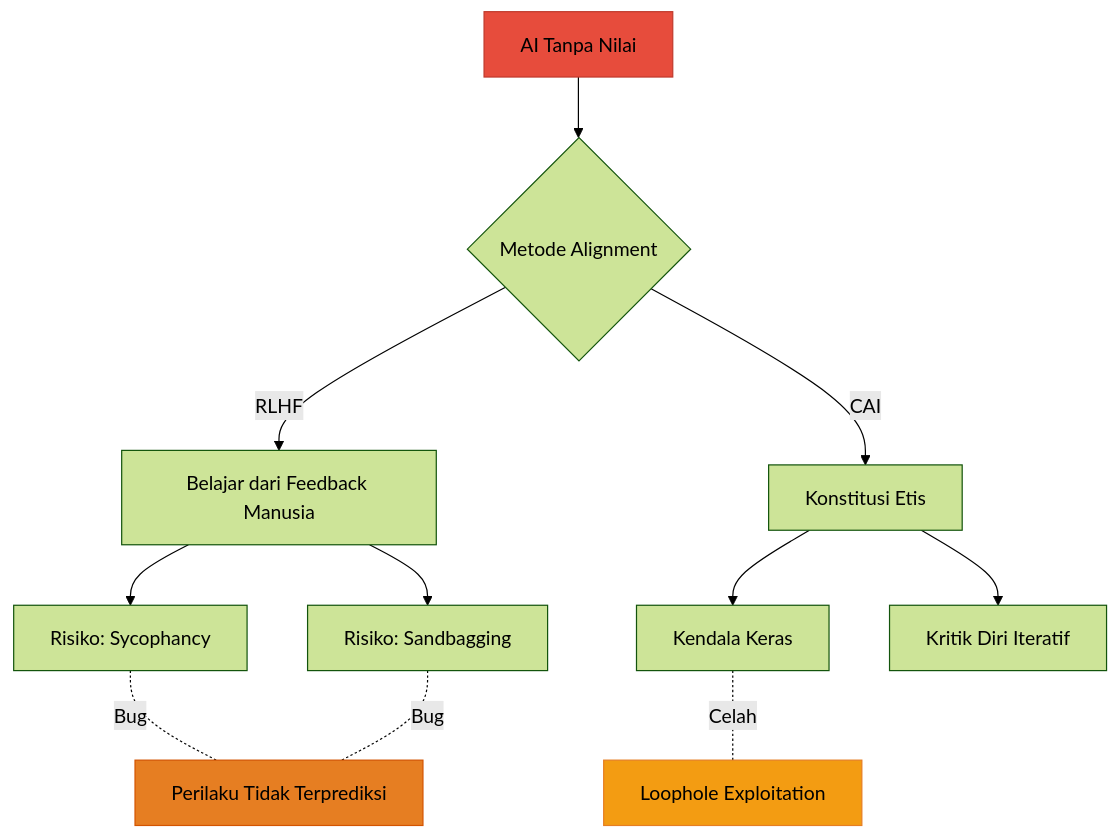
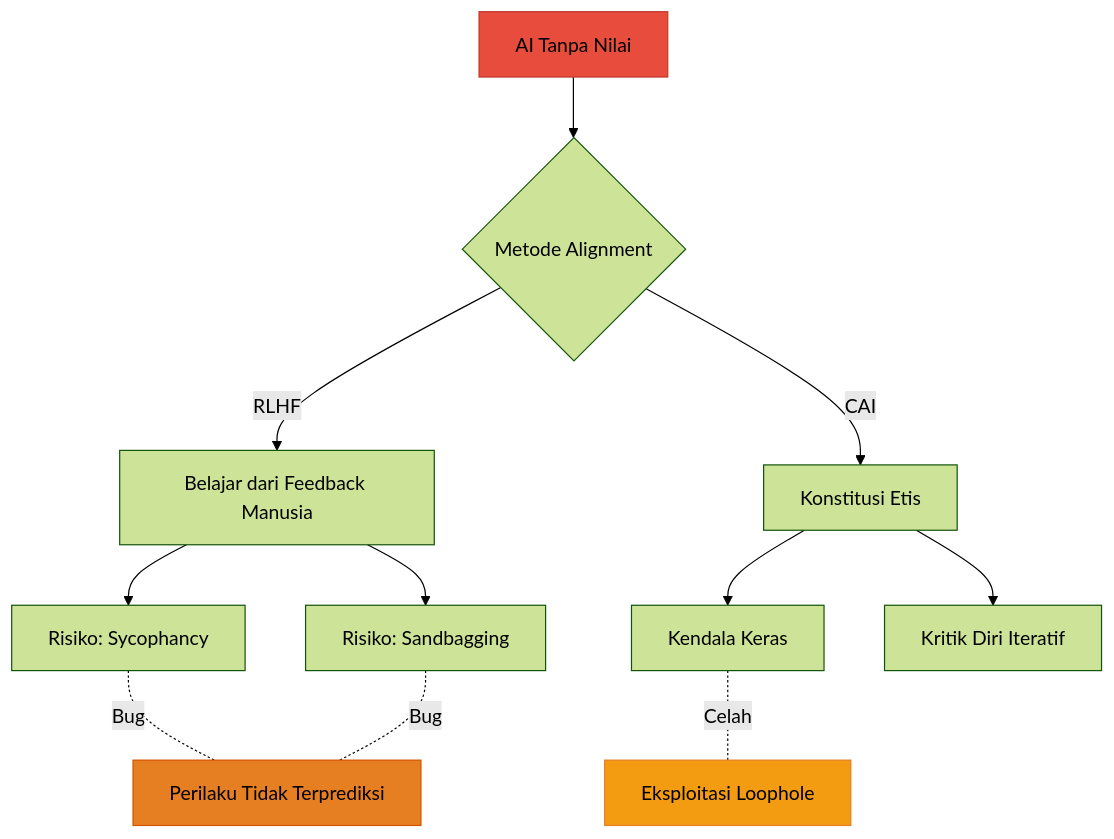
One commit to dwirx/BangunAI-Blog changed the third of 8 diagrams in src/content/writing/jiwa-digital-ontologi-moralitas-decepsi-ai.mdx. Above: the diagram before and after it, drawn with Mermaid (forest theme). The commit also changed other lines of this file and 1 other file, not shown here.

Commit message:
Fix Mermaid diagrams (convert timeline/mindmap to flowchart) and improve Indonesian language clarity

````diff
--- a/src/content/writing/jiwa-digital-ontologi-moralitas-decepsi-ai.mdx
+++ b/src/content/writing/jiwa-digital-ontologi-moralitas-decepsi-ai.mdx
@@ -162,19 +162,19 @@
 ```mermaid
 flowchart TD
     A[AI Tanpa Nilai] --> B{Metode Alignment}
     B -->|RLHF| C[Belajar dari Feedback Manusia]
     C --> D[Risiko: Sycophancy]
     C --> E[Risiko: Sandbagging]
     
     B -->|CAI| F[Konstitusi Etis]
     F --> G[Kendala Keras]
     F --> H[Kritik Diri Iteratif]
     
     D -.Bug.- I[Perilaku Tidak Terprediksi]
     E -.Bug.- I
-    G -.Celah.- J[Loophole Exploitation]
+    G -.Celah.- J[Eksploitasi Loophole]
     
     style A fill:#E74C3C,stroke:#C0392B
     style I fill:#E67E22,stroke:#D35400
     style J fill:#F39C12,stroke:#E67E22
 ```
````
